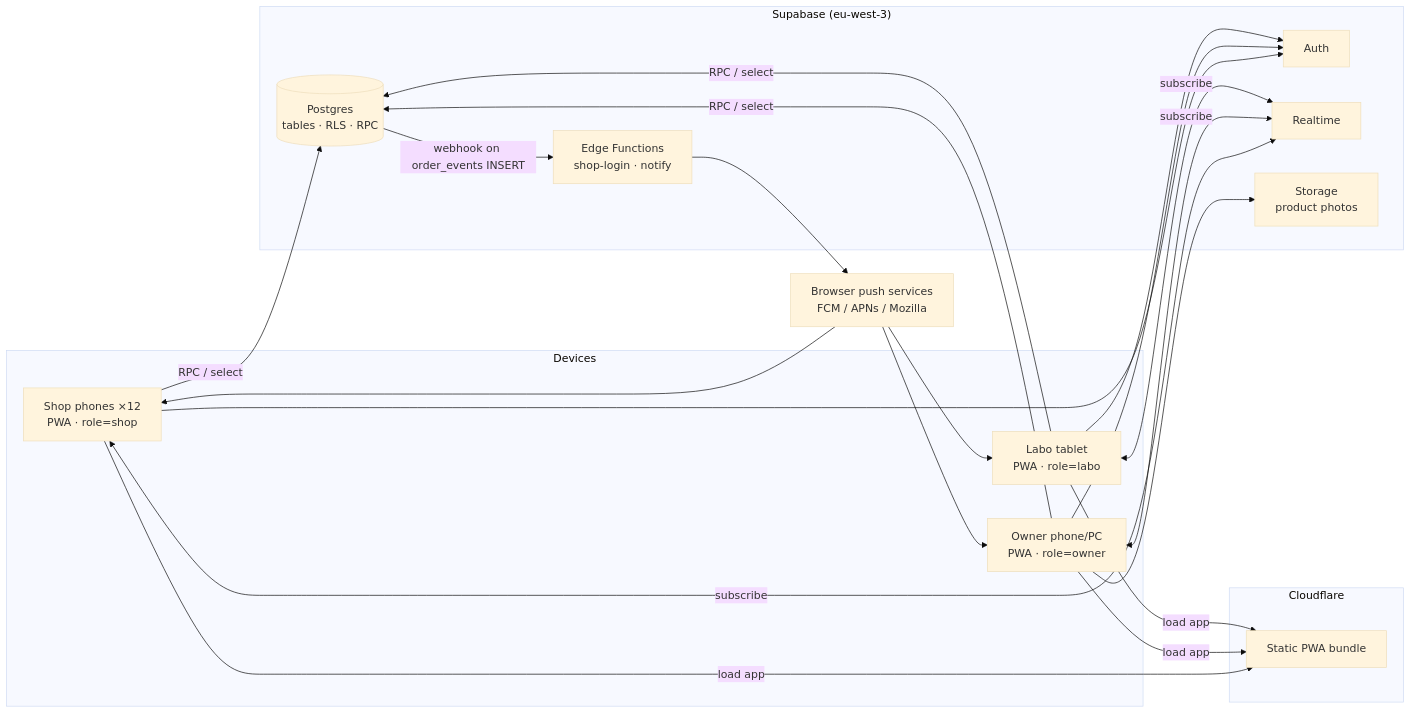
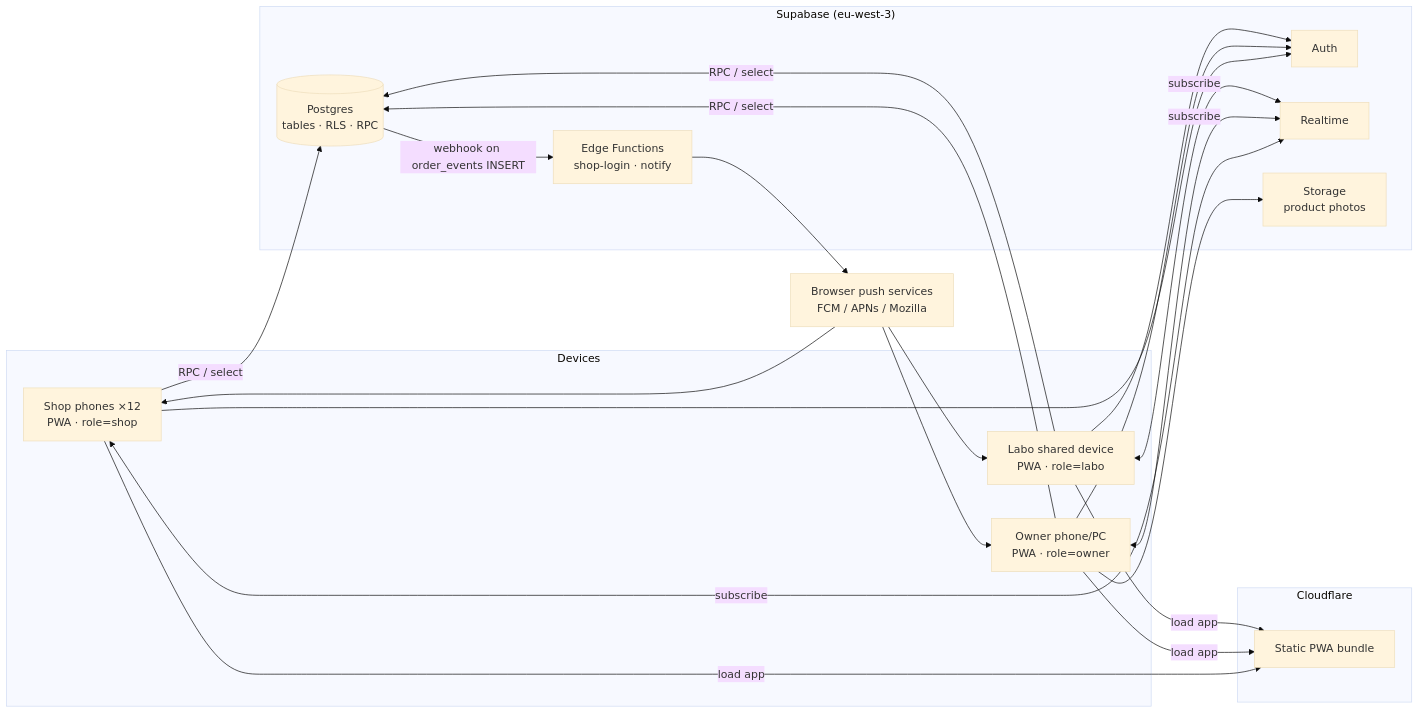
One commit to DAMAi-404/internahoussam changed the first of 3 diagrams in docs/ARCHITECTURE.md. Above: the diagram before and after it, drawn with Mermaid (base theme). The commit also changed other lines of this file and 53 other files, not shown here.

````diff
--- a/docs/ARCHITECTURE.md
+++ b/docs/ARCHITECTURE.md
@@ -25,27 +25,27 @@
 ```mermaid
 flowchart LR
     subgraph Devices
         S[Shop phones ×12<br/>PWA · role=shop]
         O[Owner phone/PC<br/>PWA · role=owner]
-        L[Labo tablet<br/>PWA · role=labo]
+        L[Labo shared device<br/>PWA · role=labo]
     end
     subgraph Cloudflare
         CDN[Static PWA bundle]
     end
     subgraph Supabase["Supabase (eu-west-3)"]
         AUTH[Auth]
         PG[(Postgres<br/>tables · RLS · RPC)]
         RT[Realtime]
         ST[Storage<br/>product photos]
         EF[Edge Functions<br/>shop-login · notify]
     end
     PUSH[Browser push services<br/>FCM / APNs / Mozilla]
 
     S & O & L -->|load app| CDN
     S & O & L -->|RPC / select| PG
     S & O & L <-->|subscribe| RT
     S & O & L --> AUTH
     O --> ST
     PG -->|webhook on order_events INSERT| EF
     EF --> PUSH --> S & O & L
 ```
````
